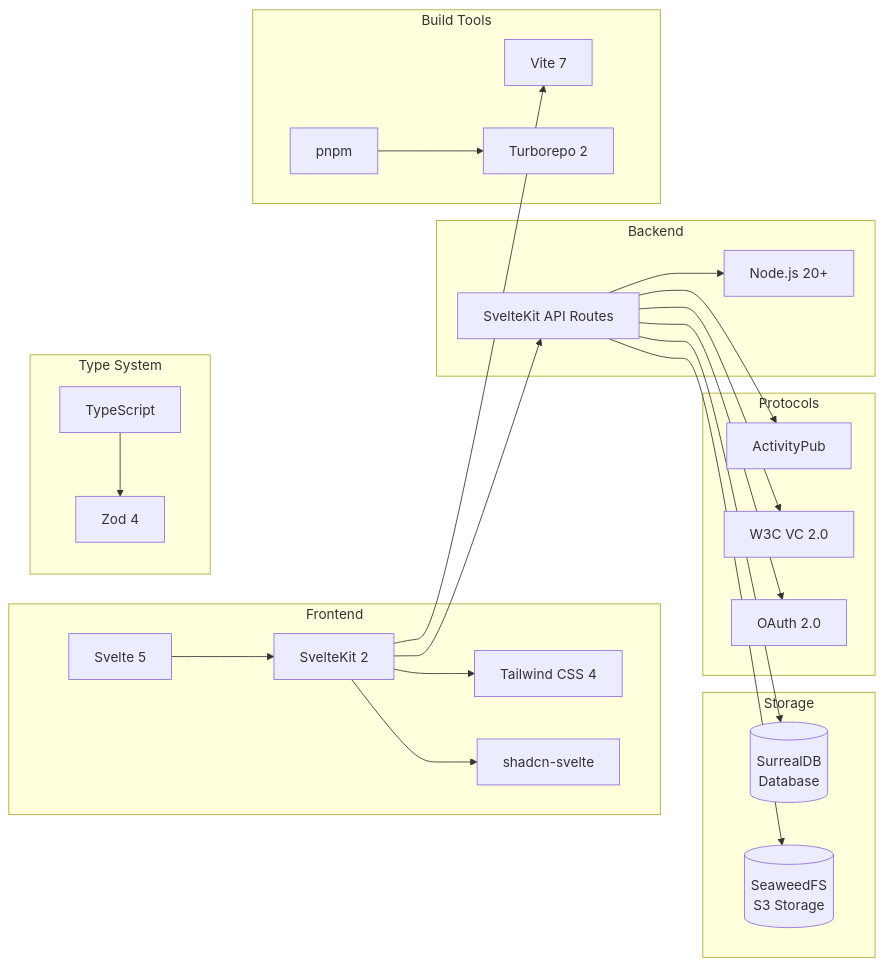
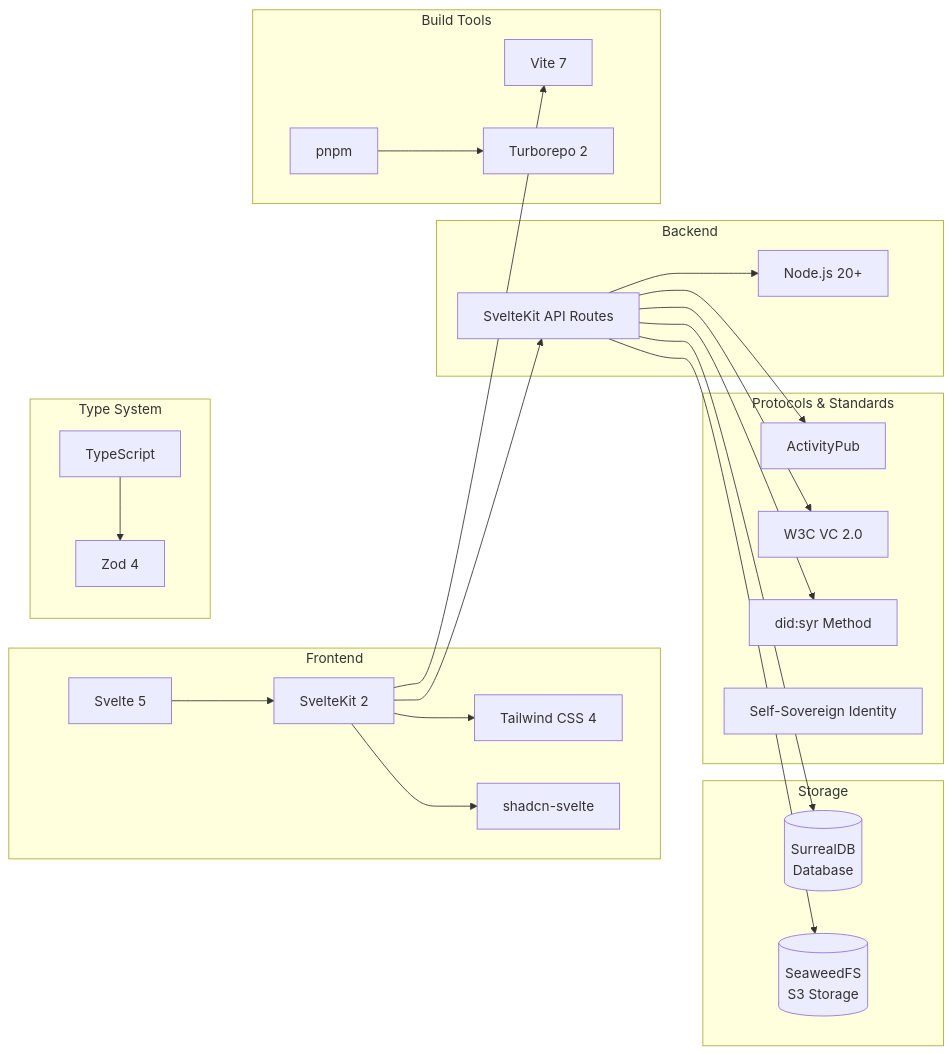
Before and after one commit to syr-is/syr: the ninth of 19 diagrams in Architecture.md, drawn with Mermaid. The commit also changed other lines of this file and 491 other files, not shown here.

````diff
--- a/Architecture.md
+++ b/Architecture.md
@@ -337,53 +354,54 @@
 ```mermaid
 graph LR
     subgraph "Frontend"
         Svelte[Svelte 5]
         SvelteKit[SvelteKit 2]
         Tailwind[Tailwind CSS 4]
         Shadcn[shadcn-svelte]
     end
 
     subgraph "Backend"
         SK_API[SvelteKit API Routes]
         Node[Node.js 20+]
     end
 
     subgraph "Type System"
         TS[TypeScript]
         Zod[Zod 4]
     end
 
     subgraph "Storage"
         SurrealDB[(SurrealDB<br/>Database)]
         SeaweedFS[(SeaweedFS<br/>S3 Storage)]
     end
 
-    subgraph "Protocols"
+    subgraph "Protocols & Standards"
         AP_Proto[ActivityPub]
         VC_Proto[W3C VC 2.0]
-        OAuth_Proto[OAuth 2.0]
+        DID_Proto[did:syr Method]
+        SSI[Self-Sovereign Identity]
     end
 
     subgraph "Build Tools"
         Vite[Vite 7]
         pnpm[pnpm]
         Turbo[Turborepo 2]
     end
 
     Svelte --> SvelteKit
     SvelteKit --> Tailwind
     SvelteKit --> Shadcn
     SvelteKit --> SK_API
     SK_API --> Node
 
     TS --> Zod
 
     SK_API --> SurrealDB
     SK_API --> SeaweedFS
     SK_API --> AP_Proto
     SK_API --> VC_Proto
-    SK_API --> OAuth_Proto
+    SK_API --> DID_Proto
 
     SvelteKit --> Vite
     pnpm --> Turbo
 ```
````
